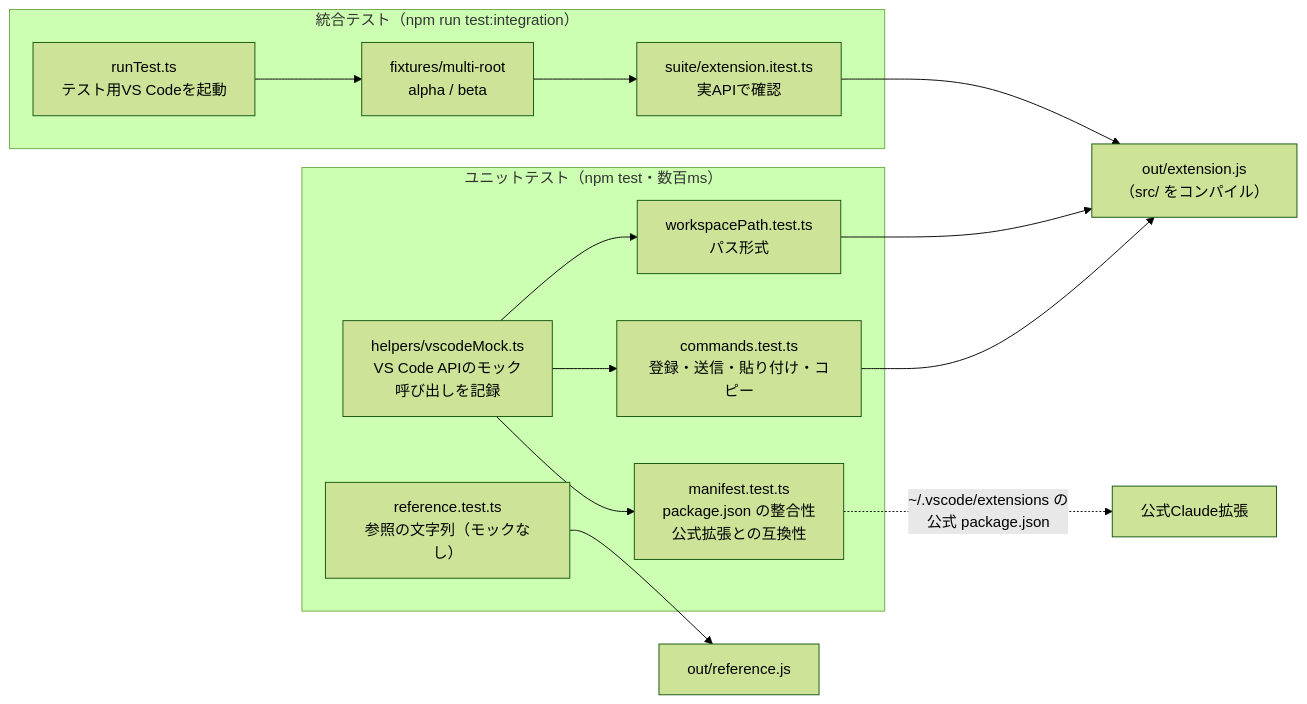
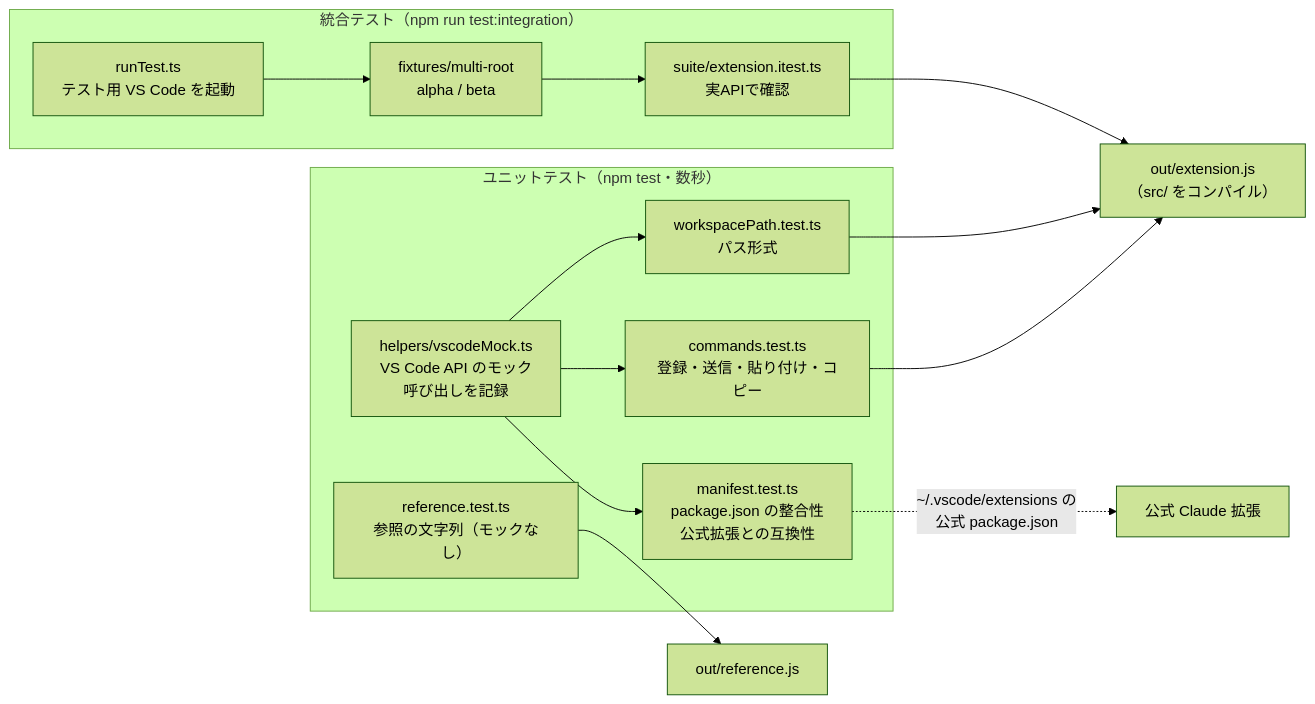
One commit to kip2/refs-to-chat changed the seventh of 7 diagrams in docs/ARCHITECTURE.md. Above: the diagram before and after it, drawn with Mermaid (forest theme). The commit also changed other lines of this file and 17 other files, not shown here.

````diff
--- a/docs/ARCHITECTURE.md
+++ b/docs/ARCHITECTURE.md
@@ -339,22 +354,22 @@
 ```mermaid
 flowchart LR
-  subgraph Unit["ユニットテスト（npm test・数百ms）"]
-    M["helpers/vscodeMock.ts<br/>VS Code APIのモック<br/>呼び出しを記録"]
+  subgraph Unit["ユニットテスト（npm test・数秒）"]
+    M["helpers/vscodeMock.ts<br/>VS Code API のモック<br/>呼び出しを記録"]
     U0["reference.test.ts<br/>参照の文字列（モックなし）"]
     U1["workspacePath.test.ts<br/>パス形式"]
     U2["commands.test.ts<br/>登録・送信・貼り付け・コピー"]
     U3["manifest.test.ts<br/>package.json の整合性<br/>公式拡張との互換性"]
     M --> U1 & U2 & U3
   end
   U0 --> REF["out/reference.js"]
   subgraph Int["統合テスト（npm run test:integration）"]
-    R["runTest.ts<br/>テスト用VS Codeを起動"]
+    R["runTest.ts<br/>テスト用 VS Code を起動"]
     W["fixtures/multi-root<br/>alpha / beta"]
     I["suite/extension.itest.ts<br/>実APIで確認"]
     R --> W --> I
   end
   EXT["out/extension.js<br/>（src/ をコンパイル）"]
   U1 & U2 --> EXT
   I --> EXT
-  U3 -.->|~/.vscode/extensions の<br/>公式 package.json| CL["公式Claude拡張"]
+  U3 -.->|~/.vscode/extensions の<br/>公式 package.json| CL["公式 Claude 拡張"]
 ```
````
